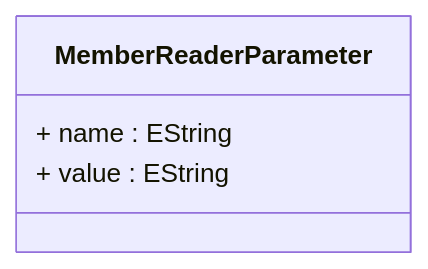
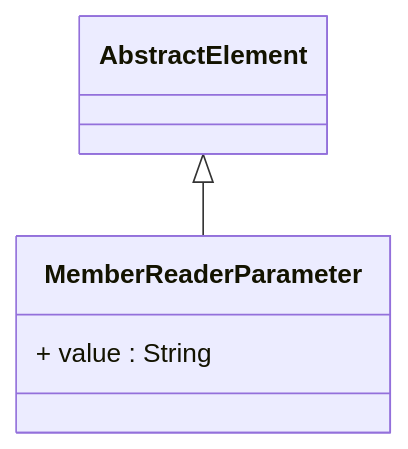
Before and after one commit to eclipse-daanse/eclipse-daanse.github.io: the diagram in docs/cubeserver/model/class-MemberReaderParameter.md, drawn with Mermaid. The commit also changed other lines of this file and 138 other files, not shown here.

````diff
--- a/docs/cubeserver/model/class-MemberReaderParameter.md
+++ b/docs/cubeserver/model/class-MemberReaderParameter.md
@@ -73,10 +66,9 @@
 ```mermaid
 classDiagram
   class MemberReaderParameter {
-    + name : EString
-    + value : EString
+    + value : String
   }
 
-
+  AbstractElement <|-- MemberReaderParameter
 
 ```
````
